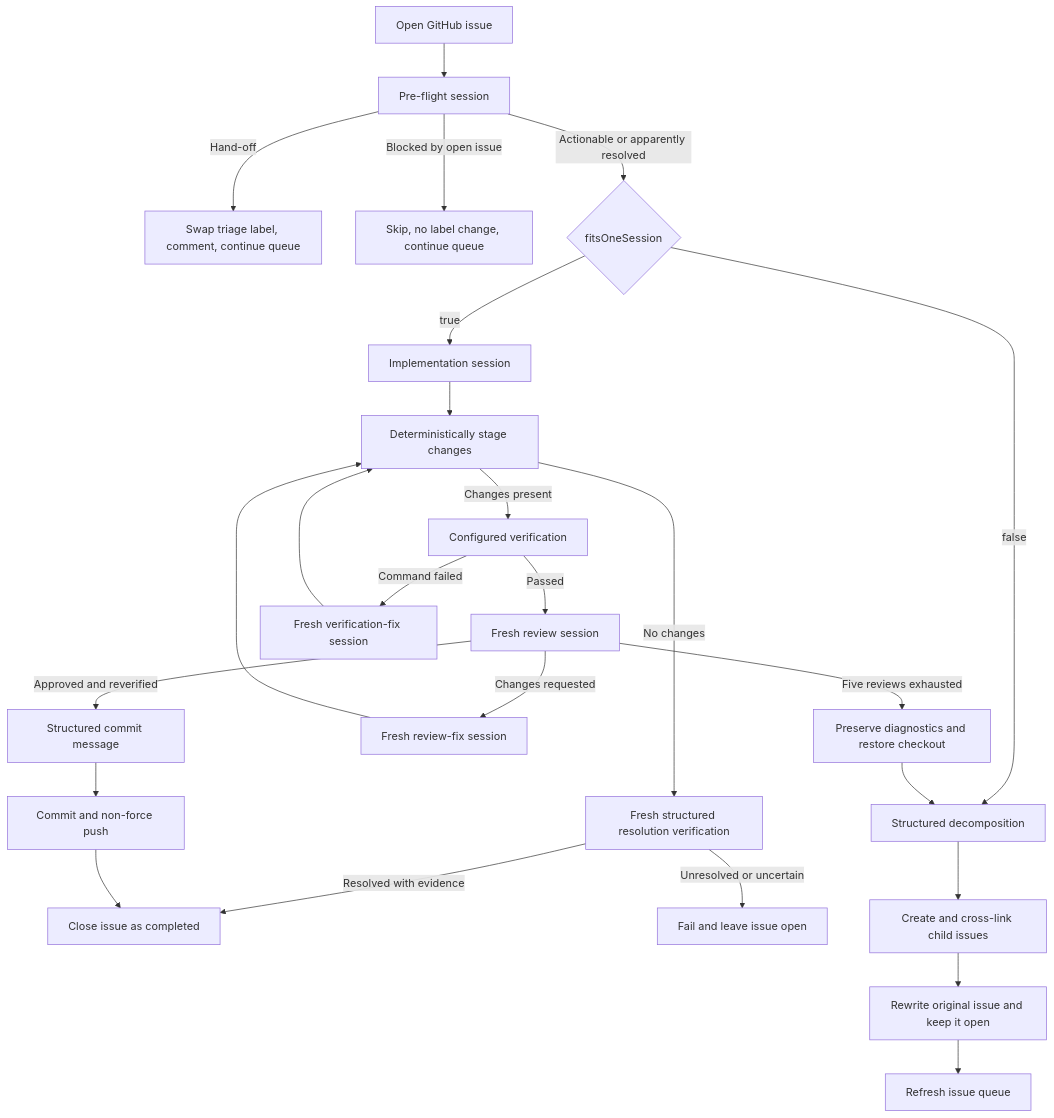
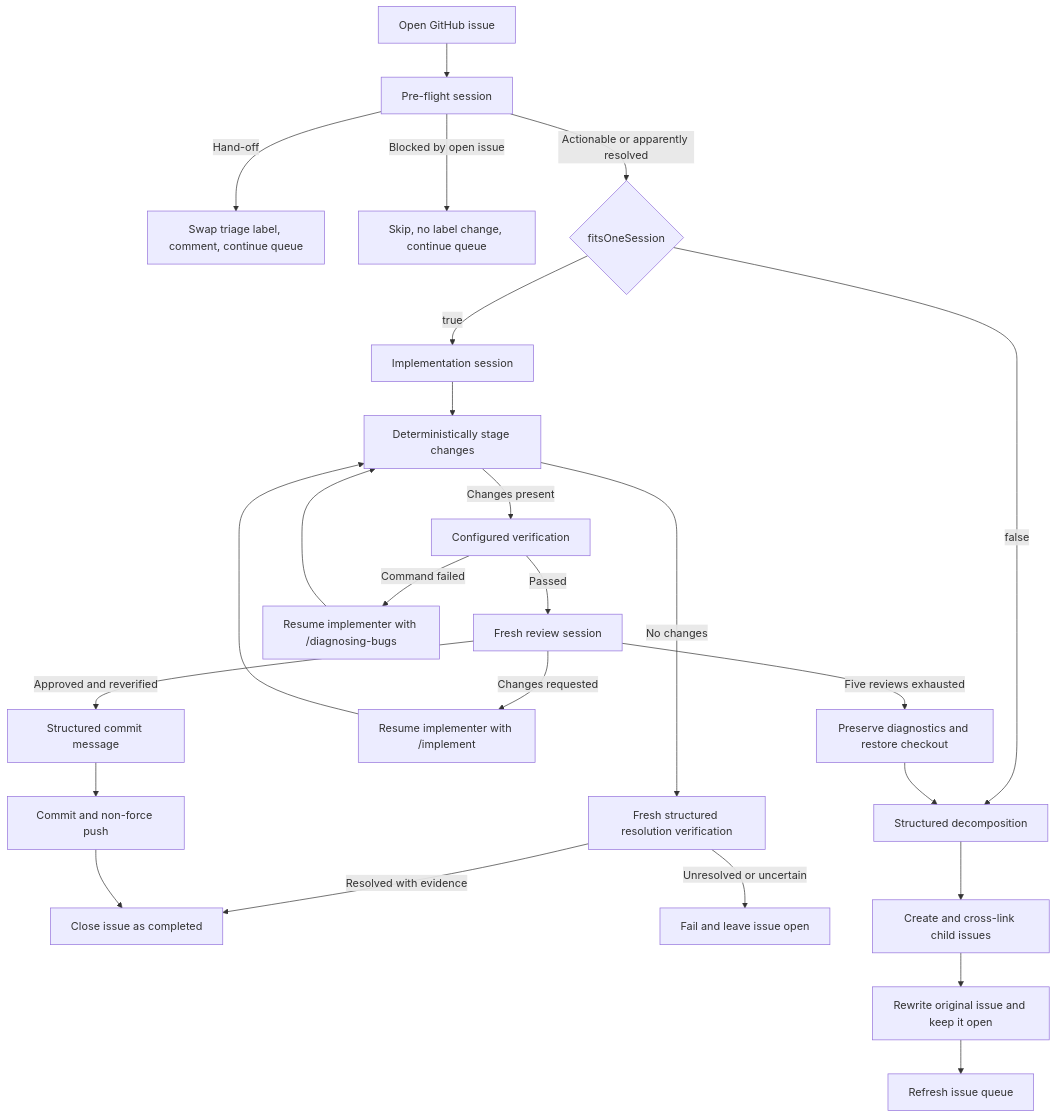
The first of 3 diagrams in docs/workflows.md (beremaran/ralphie), drawn with Mermaid before and after one commit. The commit also changed other lines of this file and 9 other files, not shown here.

First line of the commit message:
Resume the implementer session for verification and review fixes

````diff
--- a/docs/workflows.md
+++ b/docs/workflows.md
@@ -41,27 +41,27 @@
 ```mermaid
 flowchart TD
     A[Open GitHub issue] --> Z[Pre-flight session]
     Z -->|Hand-off| Y[Swap triage label, comment, continue queue]
     Z -->|Blocked by open issue| W[Skip, no label change, continue queue]
     Z -->|Actionable or apparently resolved| B{fitsOneSession}
     B -->|true| C[Implementation session]
     C --> D[Deterministically stage changes]
     D -->|Changes present| V[Configured verification]
     V -->|Passed| E[Fresh review session]
-    V -->|Command failed| R[Fresh verification-fix session]
+    V -->|Command failed| R[Resume implementer with /diagnosing-bugs]
     R --> D
     D -->|No changes| N[Fresh structured resolution verification]
     N -->|Resolved with evidence| O[Close issue as completed]
     N -->|Unresolved or uncertain| P[Fail and leave issue open]
     E -->|Approved and reverified| F[Structured commit message]
-    E -->|Changes requested| G[Fresh review-fix session]
+    E -->|Changes requested| G[Resume implementer with /implement]
     G --> D
     E -->|Five reviews exhausted| H[Preserve diagnostics and restore checkout]
     B -->|false| I[Structured decomposition]
     H --> I
     I --> J[Create and cross-link child issues]
     J --> K[Rewrite original issue and keep it open]
     K --> L[Refresh issue queue]
     F --> M[Commit and non-force push]
     M --> O
 ```
````
